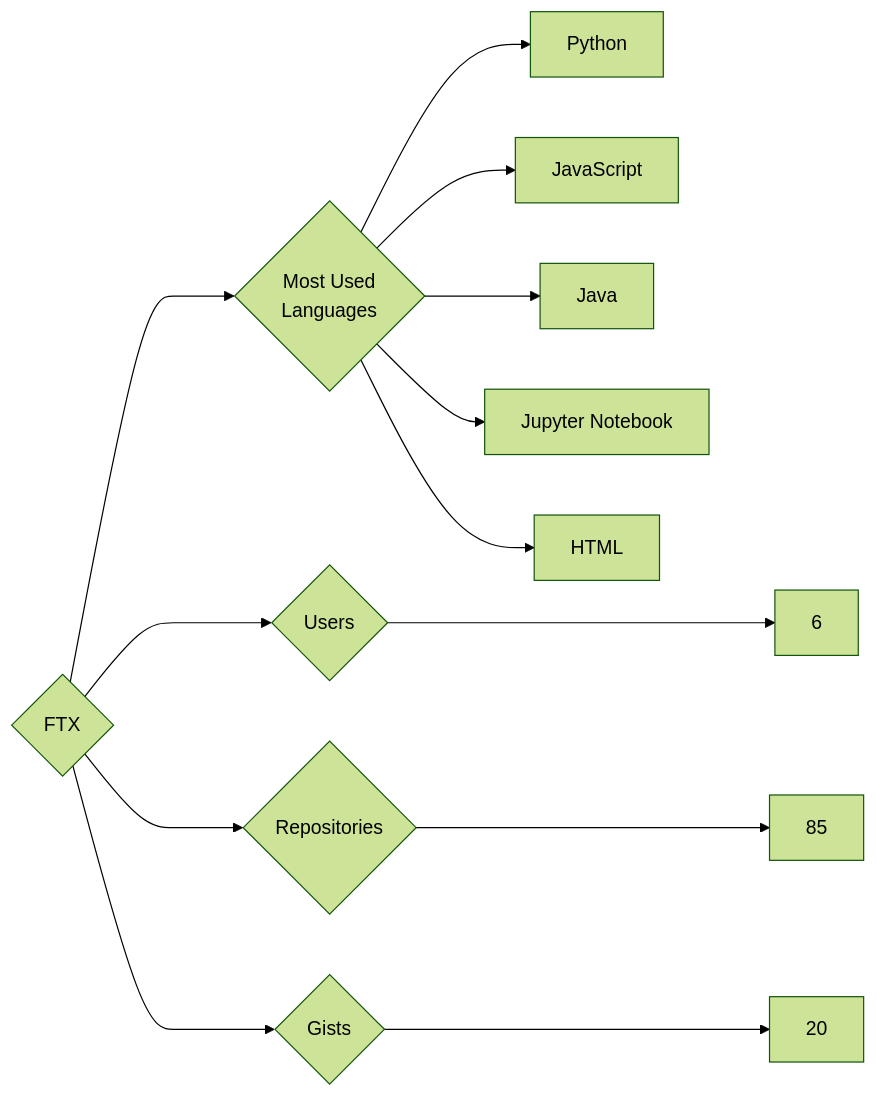
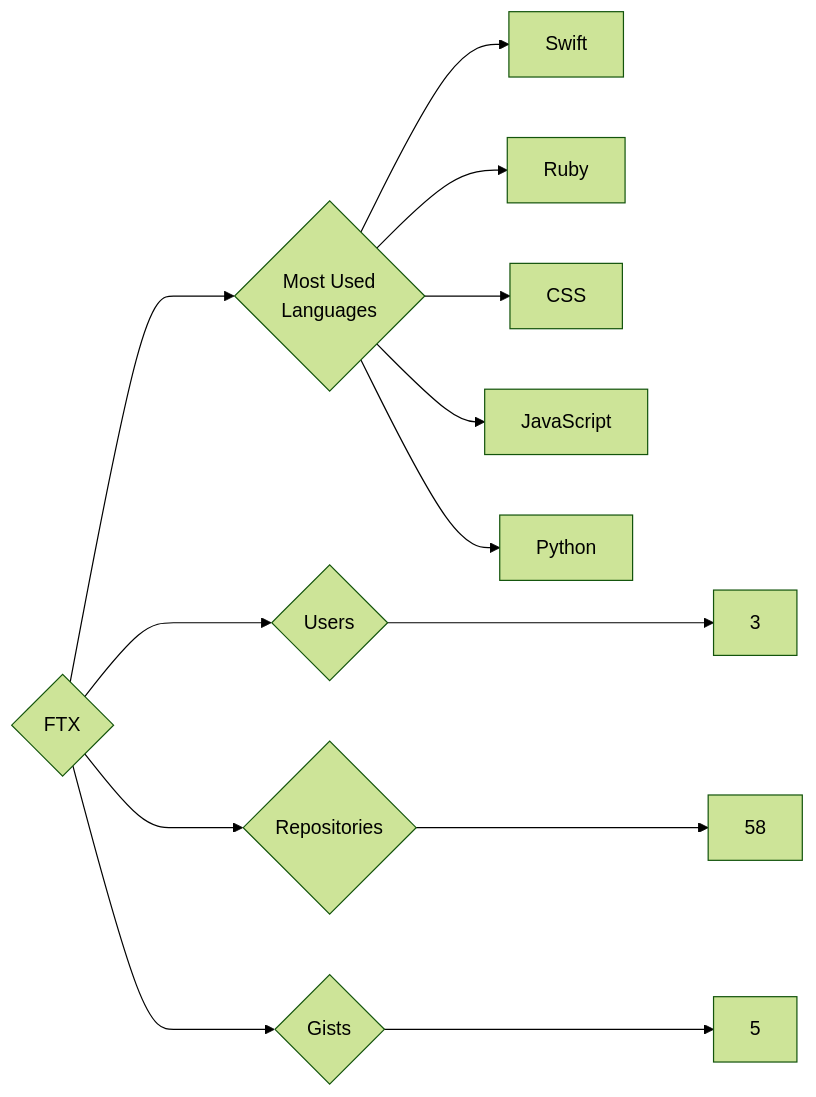
Before and after one commit to trickest/insiders: the diagram in targets/FTX/README.md, drawn with Mermaid (forest theme). The commit also changed 860 other files, not shown here.

````diff
--- a/targets/FTX/README.md
+++ b/targets/FTX/README.md
@@ -3,13 +3,13 @@
 ```mermaid
 graph LR
 COMPANY_NAME{FTX}
-COMPANY_NAME ---> U{Users} ---> UN[6]
-COMPANY_NAME ---> R{Repositories} ---> RN[85]
-COMPANY_NAME ---> G{Gists} ---> GN[20]
+COMPANY_NAME ---> U{Users} ---> UN[3]
+COMPANY_NAME ---> R{Repositories} ---> RN[58]
+COMPANY_NAME ---> G{Gists} ---> GN[5]
 COMPANY_NAME ---> ML{Most Used<br>Languages}
+ML --> Swift[Swift]
+ML --> Ruby[Ruby]
+ML --> CSS[CSS]
+ML --> JavaScript[JavaScript]
 ML --> Python[Python]
-ML --> JavaScript[JavaScript]
-ML --> Java[Java]
-ML --> Jupyter_Notebook[Jupyter Notebook]
-ML --> HTML[HTML]
 ```
````
